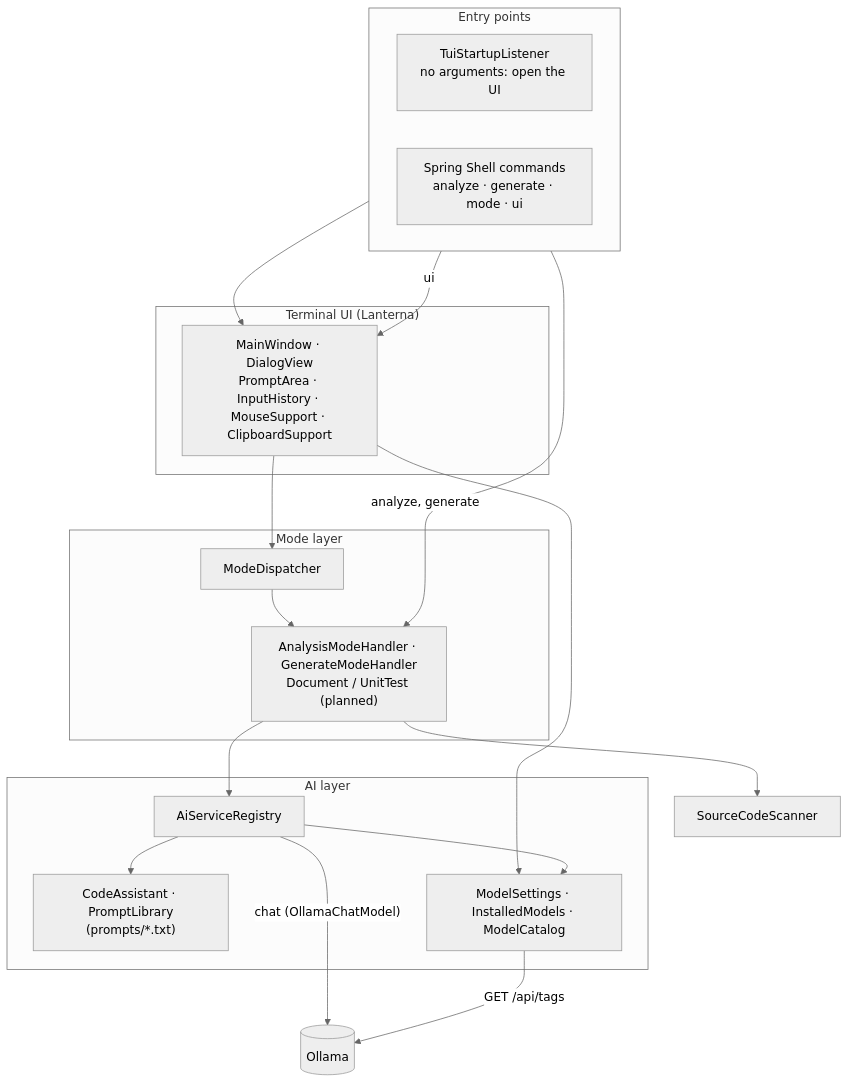
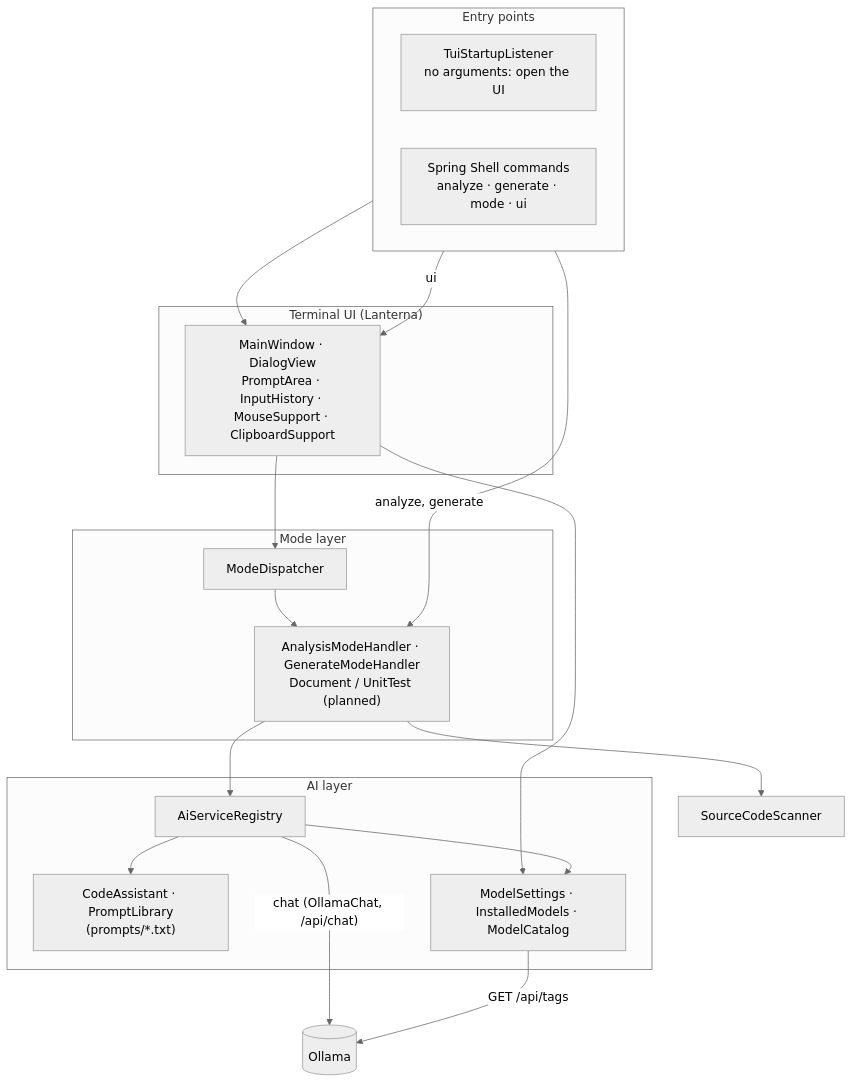
Before and after one commit to burak-can-onarim/blue-ring-octopus-cli: the second of 5 diagrams in docs/ARCHITECTURE.md, drawn with Mermaid (neutral theme). The commit also changed other lines of this file and 8 other files, not shown here.

````diff
--- a/docs/ARCHITECTURE.md
+++ b/docs/ARCHITECTURE.md
@@ -43,37 +43,37 @@
 ```mermaid
 flowchart TB
     subgraph entry["Entry points"]
         direction LR
         starter["TuiStartupListener<br/>no arguments: open the UI"]
         shell["Spring Shell commands<br/>analyze · generate · mode · ui"]
     end
 
     subgraph ui["Terminal UI (Lanterna)"]
         window["MainWindow · DialogView<br/>PromptArea · InputHistory · MouseSupport · ClipboardSupport"]
     end
 
     subgraph modes["Mode layer"]
         dispatcher["ModeDispatcher"]
         handlers["AnalysisModeHandler · GenerateModeHandler<br/>Document / UnitTest (planned)"]
     end
 
     subgraph ai["AI layer"]
         registry["AiServiceRegistry"]
         service["CodeAssistant · PromptLibrary<br/>(prompts/*.txt)"]
         models["ModelSettings · InstalledModels · ModelCatalog"]
     end
 
     scanner["SourceCodeScanner"]
     ollama[("Ollama")]
 
     starter --> window
     window --> dispatcher --> handlers
     shell -->|"analyze, generate"| handlers
     shell -->|"ui"| window
     window --> models
     handlers --> scanner
     handlers --> registry --> service
     registry --> models
-    registry -->|"chat (OllamaChatModel)"| ollama
+    registry -->|"chat (OllamaChat, /api/chat)"| ollama
     models -->|"GET /api/tags"| ollama
 ```
````
